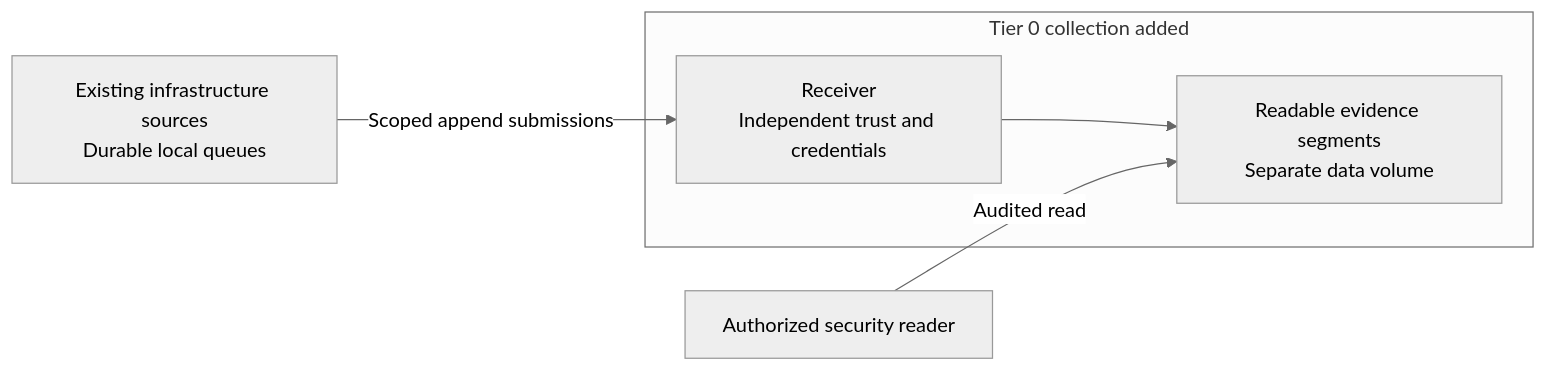
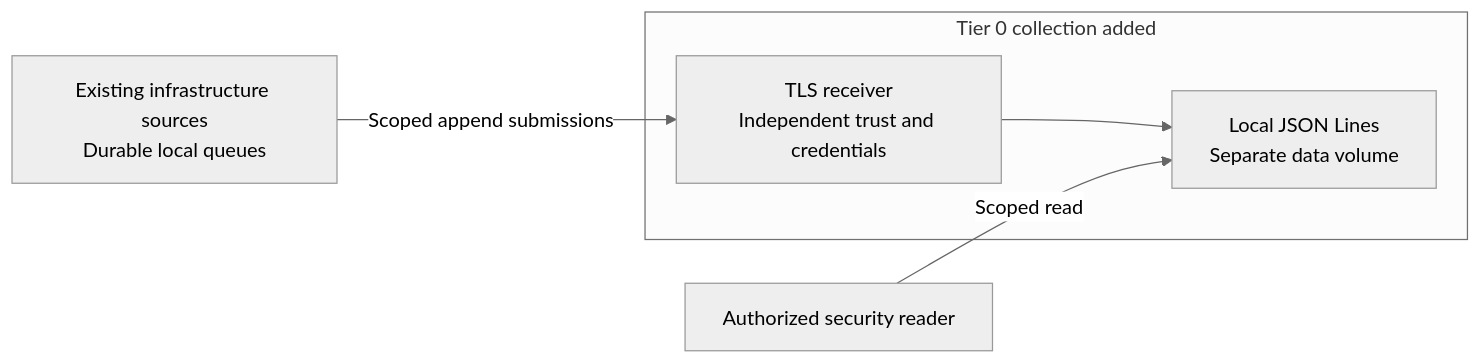
One commit to Rexus/homelab changed the second of 3 diagrams in docs/deployment/stage-1-logging/README.md. Above: the diagram before and after it, drawn with Mermaid (neutral theme). The commit also changed other lines of this file and 169 other files, not shown here.

````diff
--- a/docs/deployment/stage-1-logging/README.md
+++ b/docs/deployment/stage-1-logging/README.md
@@ -79,8 +80,8 @@
 ```mermaid
 flowchart LR
   Sources["Existing infrastructure sources<br/>Durable local queues"] -->|Scoped append submissions| Intake
   subgraph New["Tier 0 collection added"]
-    Intake["Receiver<br/>Independent trust and credentials"] --> Records["Readable evidence segments<br/>Separate data volume"]
+    Intake["TLS receiver<br/>Independent trust and credentials"] --> Records["Local JSON Lines<br/>Separate data volume"]
   end
-  Admin["Authorized security reader"] -->|Audited read| Records
+  Admin["Authorized security reader"] -->|Scoped read| Records
 ```
````
